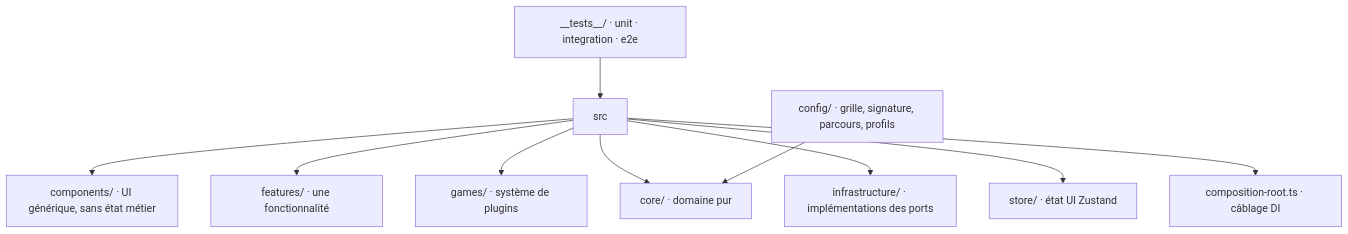
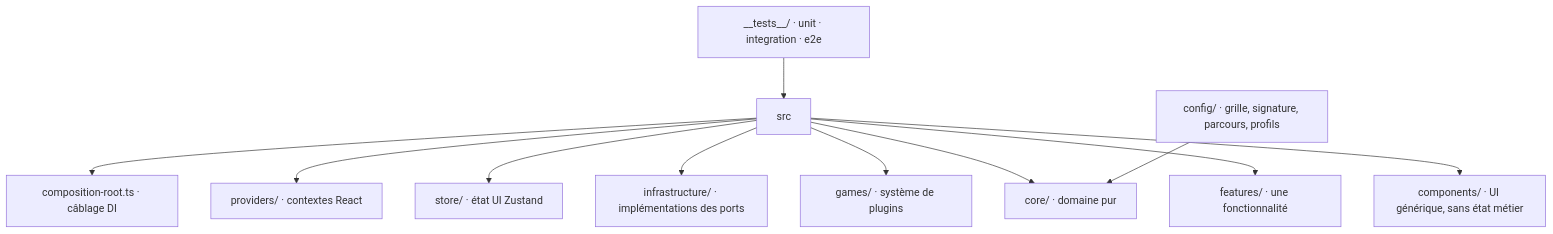
The diagram in aidd_docs/memory/codebase-map.md (jdelauney/laivel-up-eval), drawn with Mermaid before and after one commit. The commit also changed other lines of this file and 5 other files, not shown here.

````diff
--- a/aidd_docs/memory/codebase-map.md
+++ b/aidd_docs/memory/codebase-map.md
@@ -5,12 +5,13 @@
 ```mermaid
 flowchart TD
   src --> components["components/ · UI générique, sans état métier"]
   src --> features["features/ · une fonctionnalité"]
   src --> games["games/ · système de plugins"]
   src --> core["core/ · domaine pur"]
   src --> infra["infrastructure/ · implémentations des ports"]
   src --> store["store/ · état UI Zustand"]
+  src --> providers["providers/ · contextes React"]
   src --> root["composition-root.ts · câblage DI"]
   config["config/ · grille, signature, parcours, profils"] --> core
   tests["__tests__/ · unit · integration · e2e"] --> src
 ```
````
